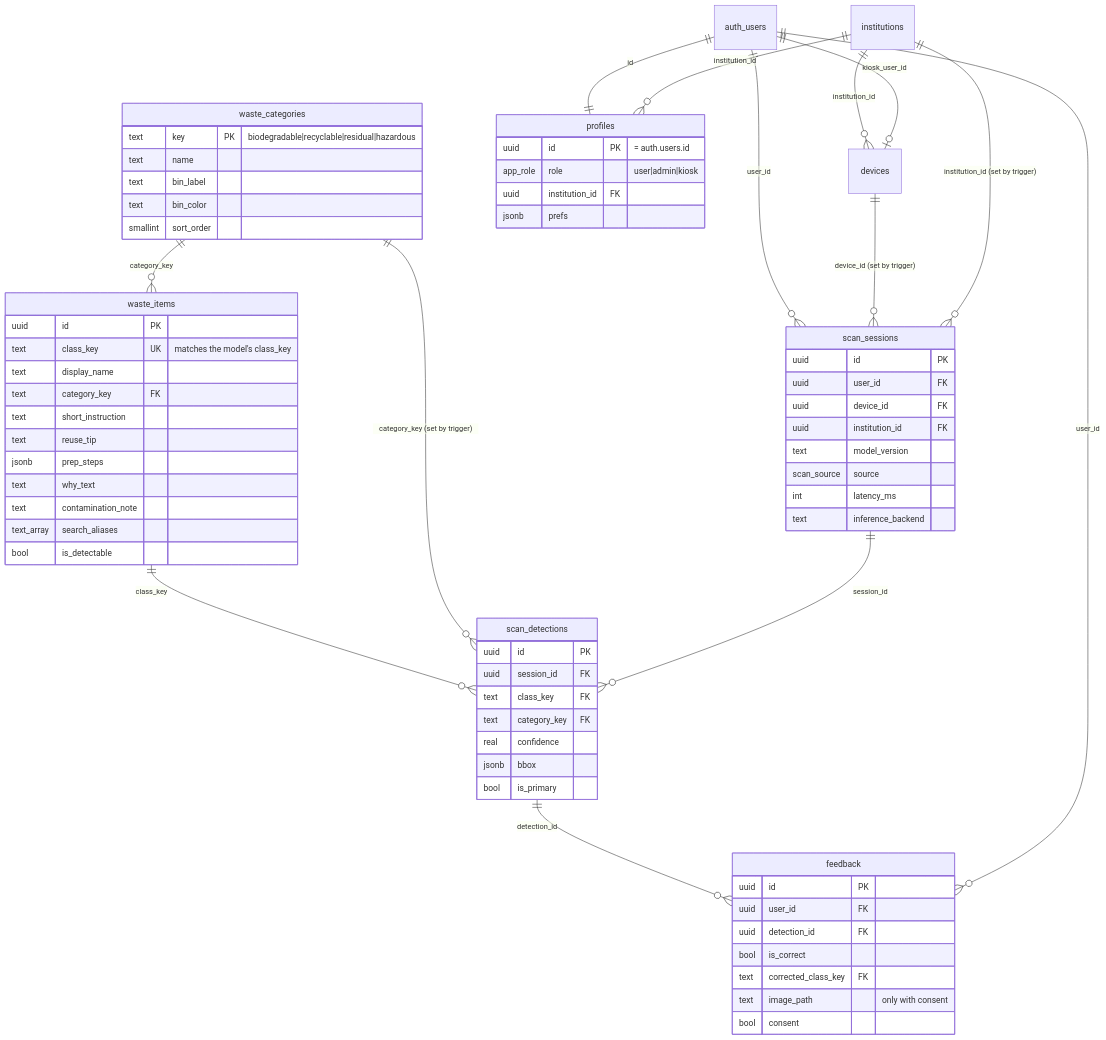
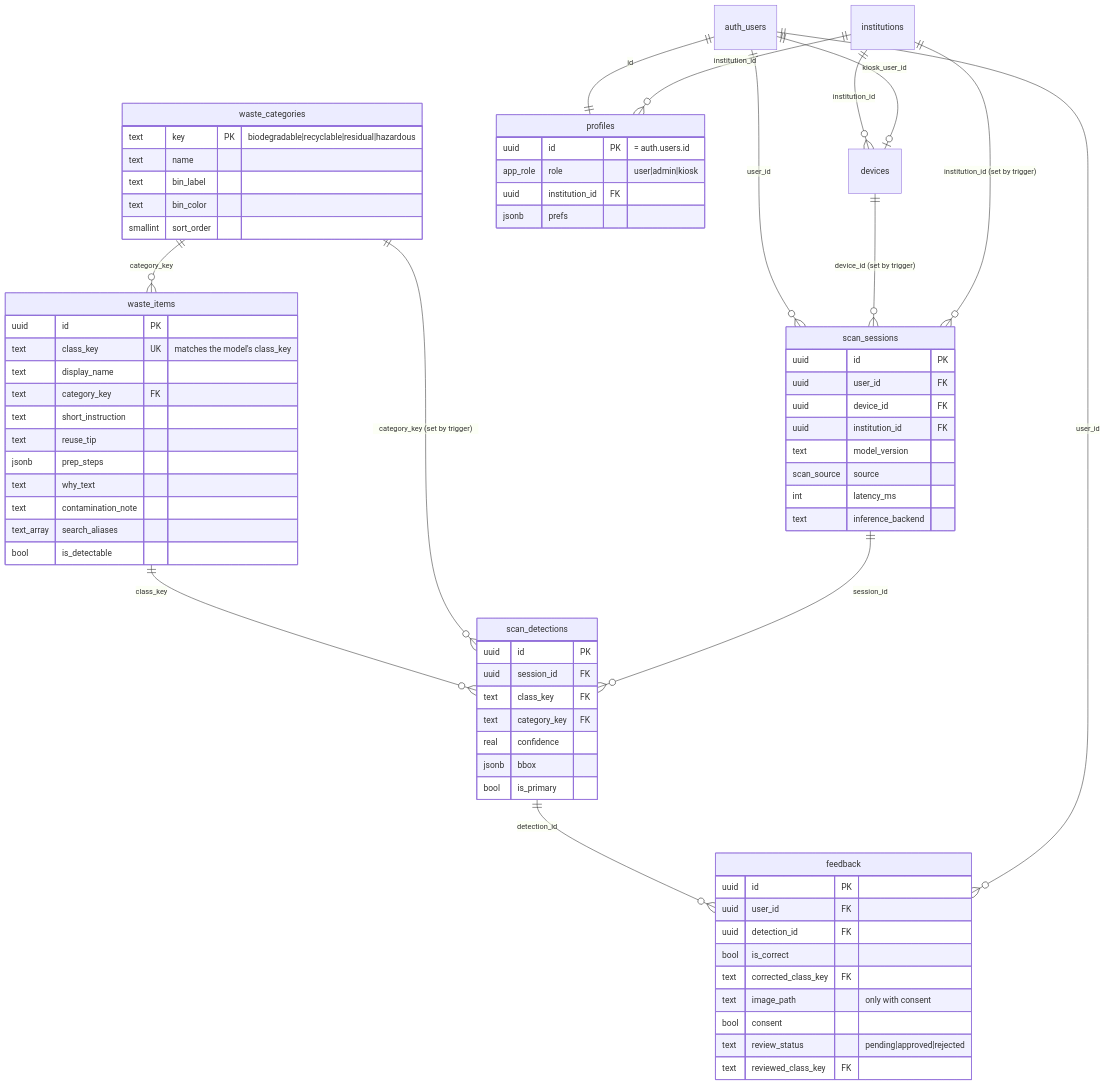
The diagram in docs/database.md (alchemistUser/itapon), drawn with Mermaid before and after one commit. The commit also changed other lines of this file and 21 other files, not shown here.

First line of the commit message:
feat: feedback loop and model promotion pipeline (roadmap phase 20)

````diff
--- a/docs/database.md
+++ b/docs/database.md
@@ -12,71 +12,73 @@
 ```mermaid
 erDiagram
   waste_categories ||--o{ waste_items : "category_key"
   waste_items ||--o{ scan_detections : "class_key"
   waste_categories ||--o{ scan_detections : "category_key (set by trigger)"
   auth_users ||--|| profiles : "id"
   institutions ||--o{ profiles : "institution_id"
   institutions ||--o{ devices : "institution_id"
   auth_users ||--o| devices : "kiosk_user_id"
   auth_users ||--o{ scan_sessions : "user_id"
   devices ||--o{ scan_sessions : "device_id (set by trigger)"
   institutions ||--o{ scan_sessions : "institution_id (set by trigger)"
   scan_sessions ||--o{ scan_detections : "session_id"
   scan_detections ||--o{ feedback : "detection_id"
   auth_users ||--o{ feedback : "user_id"
 
   waste_categories {
     text key PK "biodegradable|recyclable|residual|hazardous"
     text name
     text bin_label
     text bin_color
     smallint sort_order
   }
   waste_items {
     uuid id PK
     text class_key UK "matches the model's class_key"
     text display_name
     text category_key FK
     text short_instruction
     text reuse_tip
     jsonb prep_steps
     text why_text
     text contamination_note
     text_array search_aliases
     bool is_detectable
   }
   profiles {
     uuid id PK "= auth.users.id"
     app_role role "user|admin|kiosk"
     uuid institution_id FK
     jsonb prefs
   }
   scan_sessions {
     uuid id PK
     uuid user_id FK
     uuid device_id FK
     uuid institution_id FK
     text model_version
     scan_source source
     int latency_ms
     text inference_backend
   }
   scan_detections {
     uuid id PK
     uuid session_id FK
     text class_key FK
     text category_key FK
     real confidence
     jsonb bbox
     bool is_primary
   }
   feedback {
     uuid id PK
     uuid user_id FK
     uuid detection_id FK
     bool is_correct
     text corrected_class_key FK
     text image_path "only with consent"
     bool consent
+    text review_status "pending|approved|rejected"
+    text reviewed_class_key FK
   }
 ```
````
